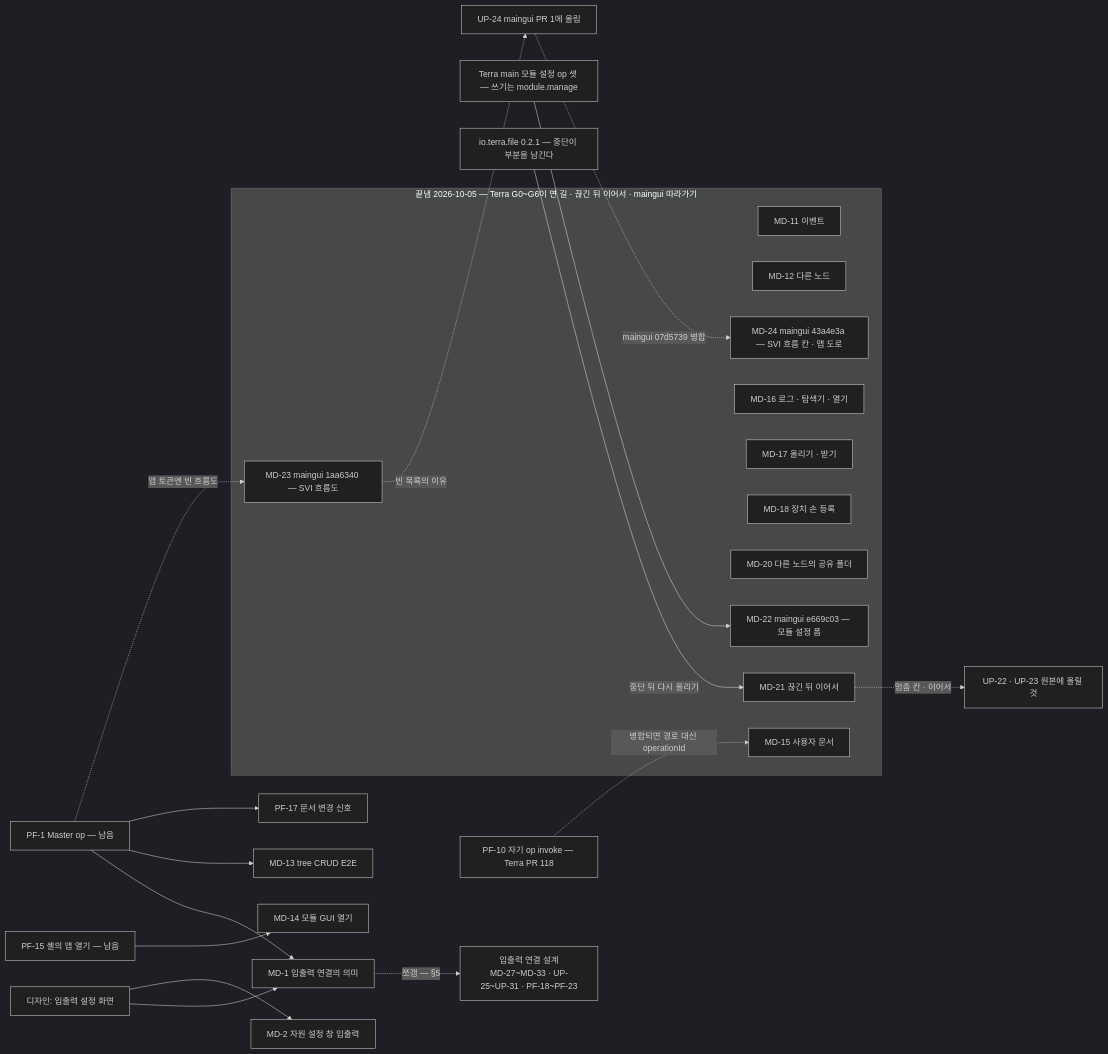
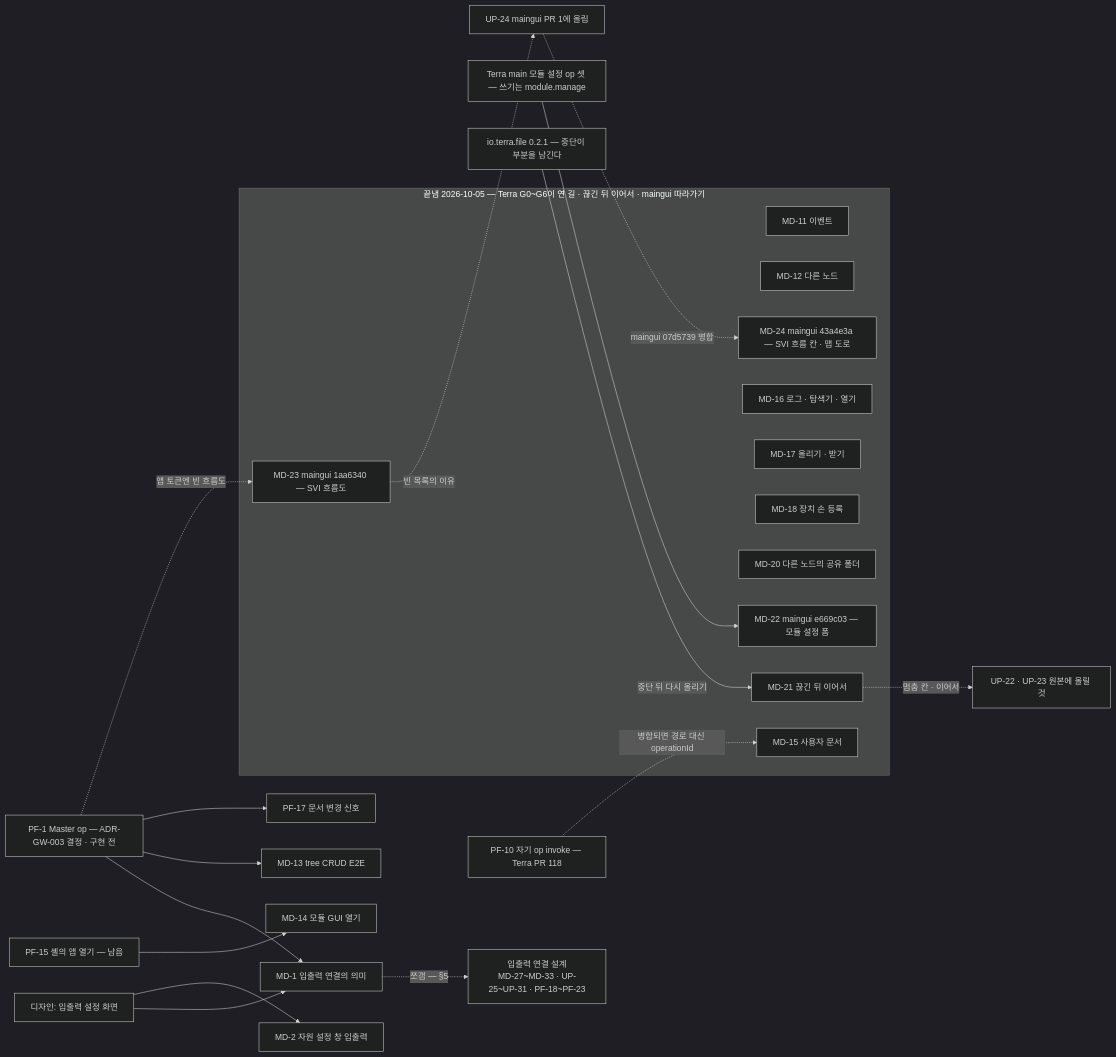
Before and after one commit to StellaxiaLab/modules: the diagram in common/lab.stellaxia.node-gui/web/docs/guides/implementation-backlog.md, drawn with Mermaid (dark theme). The commit also changed other lines of this file and 2 other files, not shown here.

First line of the commit message:
docs(node-gui): Q-2 · PF-1을 Terra ADR-GW-003 결정으로 갱신

````diff
--- a/common/lab.stellaxia.node-gui/web/docs/guides/implementation-backlog.md
+++ b/common/lab.stellaxia.node-gui/web/docs/guides/implementation-backlog.md
@@ -54,30 +54,30 @@
 ```mermaid
 flowchart LR
   subgraph DONE["끝냄 2026-10-05 — Terra G0~G6이 연 길 · 끊긴 뒤 이어서 · maingui 따라가기"]
     MD11["MD-11 이벤트"]
     MD12["MD-12 다른 노드"]
     MD15["MD-15 사용자 문서"]
     MD16["MD-16 로그 · 탐색기 · 열기"]
     MD17["MD-17 올리기 · 받기"]
     MD18["MD-18 장치 손 등록"]
     MD20["MD-20 다른 노드의 공유 폴더"]
     MD21["MD-21 끊긴 뒤 이어서"]
     MD22["MD-22 maingui e669c03 — 모듈 설정 폼"]
     MD23["MD-23 maingui 1aa6340 — SVI 흐름도"]
     MD24["MD-24 maingui 43a4e3a — SVI 흐름 칸 · 맵 도로"]
   end
   CFG["Terra main 모듈 설정 op 셋 — 쓰기는 module.manage"] --> MD22
   FILE021["io.terra.file 0.2.1 — 중단이 부분을 남긴다"] -->|"중단 뒤 다시 올리기"| MD21
   MD21 -.->|"멈춤 칸 · 이어서"| UP22["UP-22 · UP-23 원본에 올릴 것"]
   MD23 -.->|"빈 목록의 이유"| UP24["UP-24 maingui PR 1에 올림"]
   UP24 -.->|"maingui 07d5739 병합"| MD24
   PF10["PF-10 자기 op invoke — Terra PR 118"] -.->|"병합되면 경로 대신 operationId"| MD15
-  PF1["PF-1 Master op — 남음"] --> MD1["MD-1 입출력 연결의 의미"]
+  PF1["PF-1 Master op — ADR-GW-003 결정 · 구현 전"] --> MD1["MD-1 입출력 연결의 의미"]
   PF1 --> MD13["MD-13 tree CRUD E2E"]
   PF1 --> PF17["PF-17 문서 변경 신호"]
   PF1 -.->|"앱 토큰엔 빈 흐름도"| MD23
   PF15["PF-15 셸의 앱 열기 — 남음"] --> MD14["MD-14 모듈 GUI 열기"]
   DES["디자인: 입출력 설정 화면"] --> MD1
   DES --> MD2["MD-2 자원 설정 창 입출력"]
   MD1 -.->|"쪼갬 — §5"| IOD["입출력 연결 설계<br/>MD-27~MD-33 · UP-25~UP-31 · PF-18~PF-23"]
 ```
````
